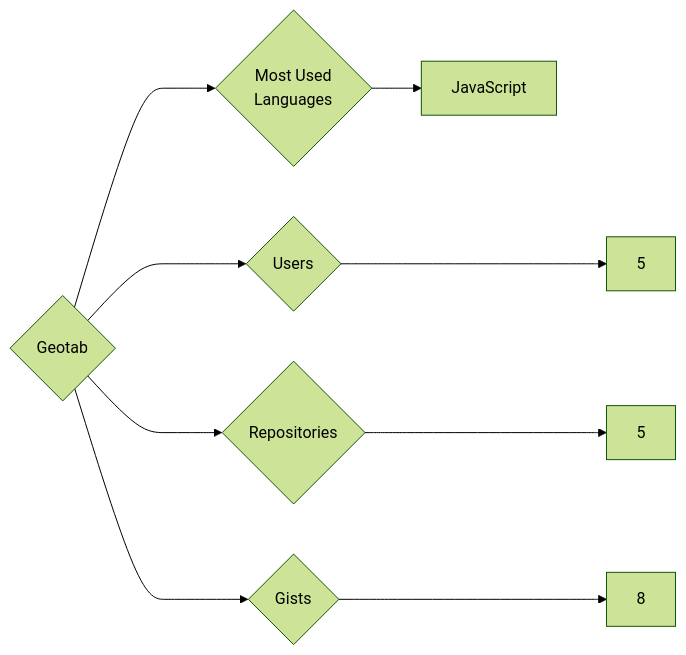
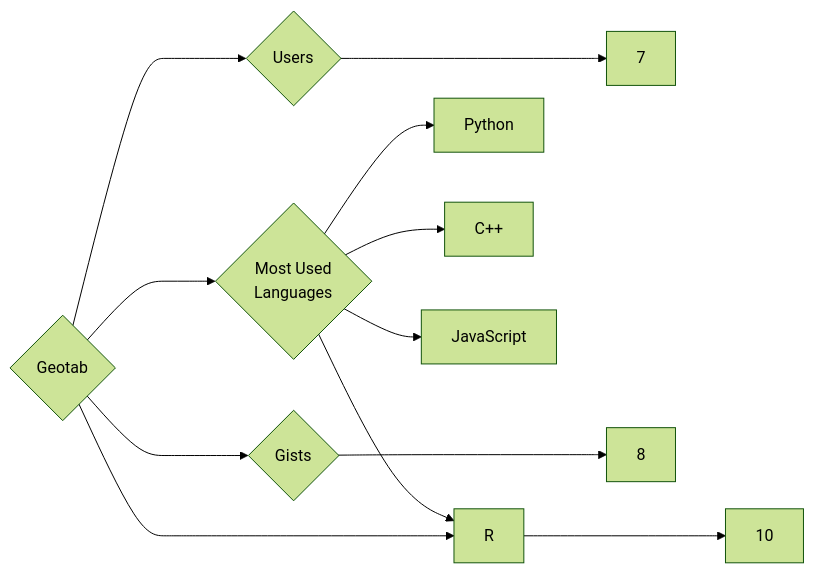
One commit to trickest/insiders changed the diagram in targets/Geotab/README.md. Above: the diagram before and after it, drawn with Mermaid (forest theme). The commit also changed 860 other files, not shown here.

````diff
--- a/targets/Geotab/README.md
+++ b/targets/Geotab/README.md
@@ -3,9 +3,12 @@
 ```mermaid
 graph LR
 COMPANY_NAME{Geotab}
-COMPANY_NAME ---> U{Users} ---> UN[5]
-COMPANY_NAME ---> R{Repositories} ---> RN[5]
+COMPANY_NAME ---> U{Users} ---> UN[7]
+COMPANY_NAME ---> R{Repositories} ---> RN[10]
 COMPANY_NAME ---> G{Gists} ---> GN[8]
 COMPANY_NAME ---> ML{Most Used<br>Languages}
+ML --> Python[Python]
+ML --> C++[C++]
+ML --> R[R]
 ML --> JavaScript[JavaScript]
 ```
````
